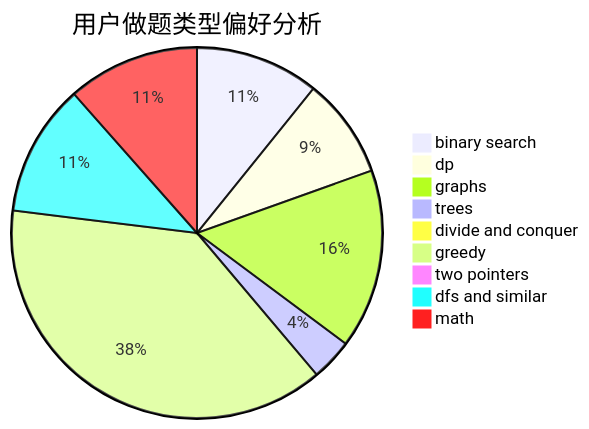
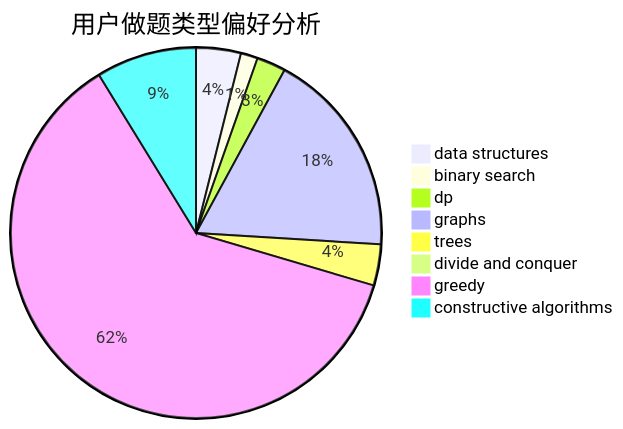
Before and after one commit to sherpahu/cfrs.github.io: the second of 3 diagrams in docs/user/u553.md, drawn with Mermaid. The commit also changed other lines of this file and 2775 other files, not shown here.

````diff
--- a/docs/user/u553.md
+++ b/docs/user/u553.md
@@ -23,12 +23,11 @@
 ```mermaid
 pie title 用户做题类型偏好分析
-    "binary search" :  178
-    "dp" :  144
-    "graphs" :  258
-    "trees" :  60
+    "data structures" :  37
+    "binary search" :  14
+    "dp" :  24
+    "graphs" :  171
+    "trees" :  34
     "divide and conquer" :  0
-    "greedy" :  628
-    "two pointers" :  16
-    "dfs and similar" :  190
-    "math" :  190
+    "greedy" :  584
+    "constructive algorithms" :  83
 ```
````
